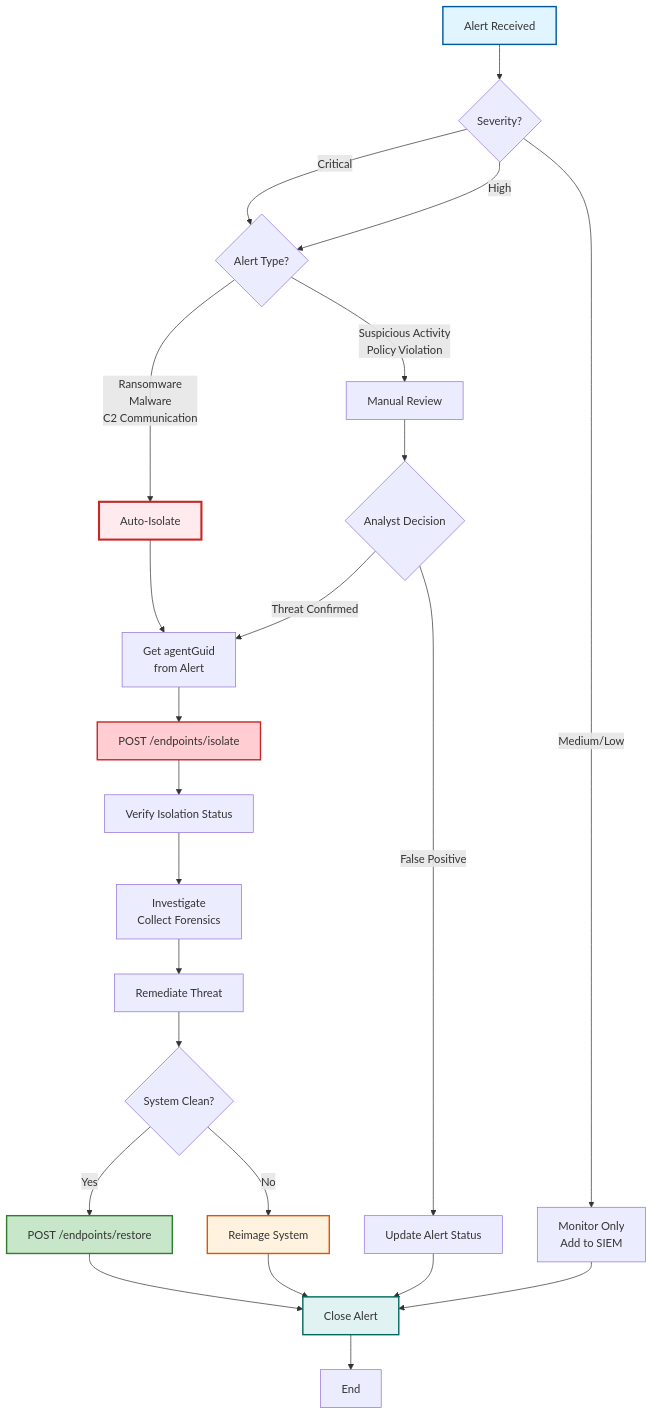
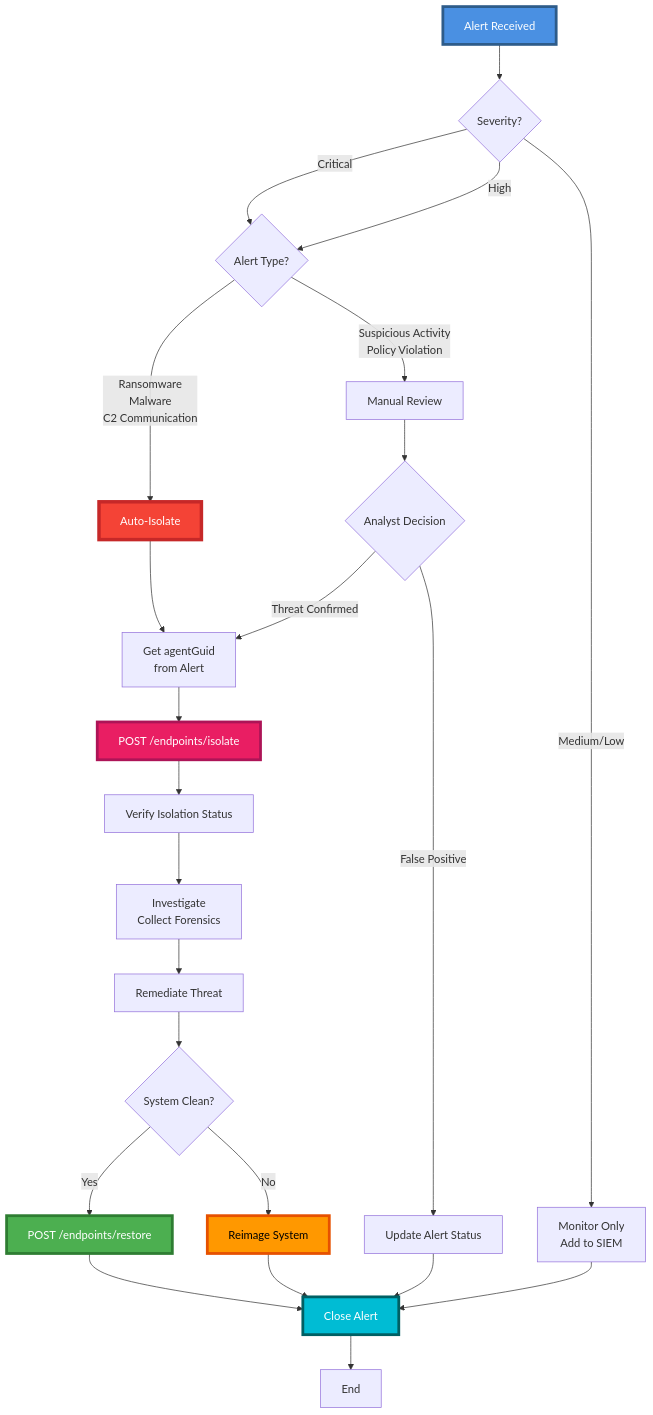
One commit to ZELA2000/Also-TDSynnex-Trend changed the second of 2 diagrams in Trend/DOC/workflows/3_Endpoint_Security.md. Above: the diagram before and after it, drawn with Mermaid. The commit also changed other lines of this file and 11 other files, not shown here.

Commit message:
style: Update diagram styles across documentation for improved clarity and consistency

````diff
--- a/Trend/DOC/workflows/3_Endpoint_Security.md
+++ b/Trend/DOC/workflows/3_Endpoint_Security.md
@@ -66,41 +65,41 @@
 ```mermaid
 graph TD
     Start[Alert Received] --> CheckSeverity{Severity?}
     
     CheckSeverity -->|Critical| CheckType{Alert Type?}
     CheckSeverity -->|High| CheckType
     CheckSeverity -->|Medium/Low| Monitor[Monitor Only<br/>Add to SIEM]
     
     CheckType -->|Ransomware<br/>Malware<br/>C2 Communication| AutoIsolate[Auto-Isolate]
     CheckType -->|Suspicious Activity<br/>Policy Violation| ManualReview[Manual Review]
     
     AutoIsolate --> GetGUID[Get agentGuid<br/>from Alert]
     ManualReview --> Decide{Analyst Decision}
     
     Decide -->|Threat Confirmed| GetGUID
     Decide -->|False Positive| UpdateAlert[Update Alert Status]
     
     GetGUID --> Isolate[POST /endpoints/isolate]
     Isolate --> Verify[Verify Isolation Status]
     
     Verify --> Investigate[Investigate<br/>Collect Forensics]
     Investigate --> Remediate[Remediate Threat]
     
     Remediate --> Clean{System Clean?}
     Clean -->|Yes| Restore[POST /endpoints/restore]
     Clean -->|No| Reimage[Reimage System]
     
     Restore --> Complete[Close Alert]
     Reimage --> Complete
     Monitor --> Complete
     UpdateAlert --> Complete
     
     Complete --> End[End]
     
-    style Start fill:#e1f5ff,stroke:#01579b,stroke-width:2px
-    style AutoIsolate fill:#ffebee,stroke:#c62828,stroke-width:3px
-    style Isolate fill:#ffcdd2,stroke:#c62828,stroke-width:2px
-    style Restore fill:#c8e6c9,stroke:#2e7d32,stroke-width:2px
-    style Reimage fill:#fff3e0,stroke:#e65100,stroke-width:2px
-    style Complete fill:#e0f2f1,stroke:#00695c,stroke-width:2px
+    style Start fill:#4A90E2,stroke:#2E5C8A,stroke-width:4px,color:#fff
+    style AutoIsolate fill:#F44336,stroke:#C62828,stroke-width:5px,color:#fff
+    style Isolate fill:#E91E63,stroke:#AD1457,stroke-width:4px,color:#fff
+    style Restore fill:#4CAF50,stroke:#2E7D32,stroke-width:4px,color:#fff
+    style Reimage fill:#FF9800,stroke:#E65100,stroke-width:4px,color:#000
+    style Complete fill:#00BCD4,stroke:#006064,stroke-width:4px,color:#fff
 ```
````
